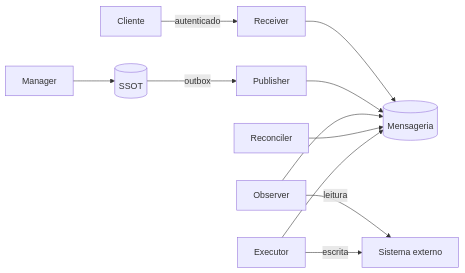
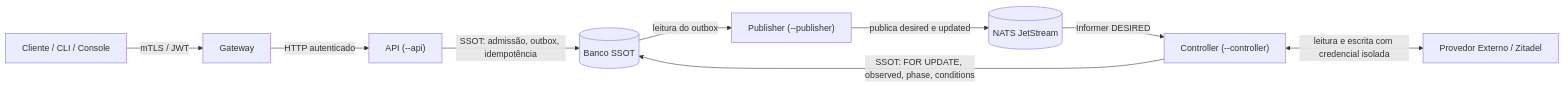
The diagram in docs/loop/RESOURCE-CONTROL-SECURITY.md (danielsabatini/smarkee), drawn with Mermaid before and after one commit. The commit also changed other lines of this file, not shown here.

````diff
--- a/docs/loop/RESOURCE-CONTROL-SECURITY.md
+++ b/docs/loop/RESOURCE-CONTROL-SECURITY.md
@@ -86,15 +95,13 @@
 ```mermaid
 flowchart LR
-
-    Client[Cliente] -->|autenticado| Receiver
-    Receiver --> Bus[(Mensageria)]
-    Publisher["Publisher"] --> Bus
-    Observer --> Bus
-    Reconciler --> Bus
-    Executor --> Bus
-
-    Manager --> SSOT[(SSOT)]
-    SSOT -->|outbox| Publisher
-    Observer -->|leitura| External[Sistema externo]
-    Executor -->|escrita| External
+    Client[Cliente / CLI / Console] -->|mTLS / JWT| Gateway[Gateway]
+    Gateway -->|HTTP autenticado| API["API (<módulo>-<tipo>-api)"]
+    API -->|SSOT: admissão, outbox, idempotência| SSOT[(Banco SSOT)]
+    
+    SSOT -->|leitura do outbox| Publisher["Publisher (<módulo>-<tipo>-publisher)"]
+    Publisher -->|publica desired e updated| NATS[(NATS JetStream)]
+    
+    NATS -->|Informer DESIRED| Controller["Controller (<módulo>-<tipo>-controller)"]
+    Controller -->|SSOT: FOR UPDATE, observed, phase, conditions| SSOT
+    Controller <-->|leitura e escrita com credencial isolada| External[Provedor Externo / Zitadel]
 ```
````
